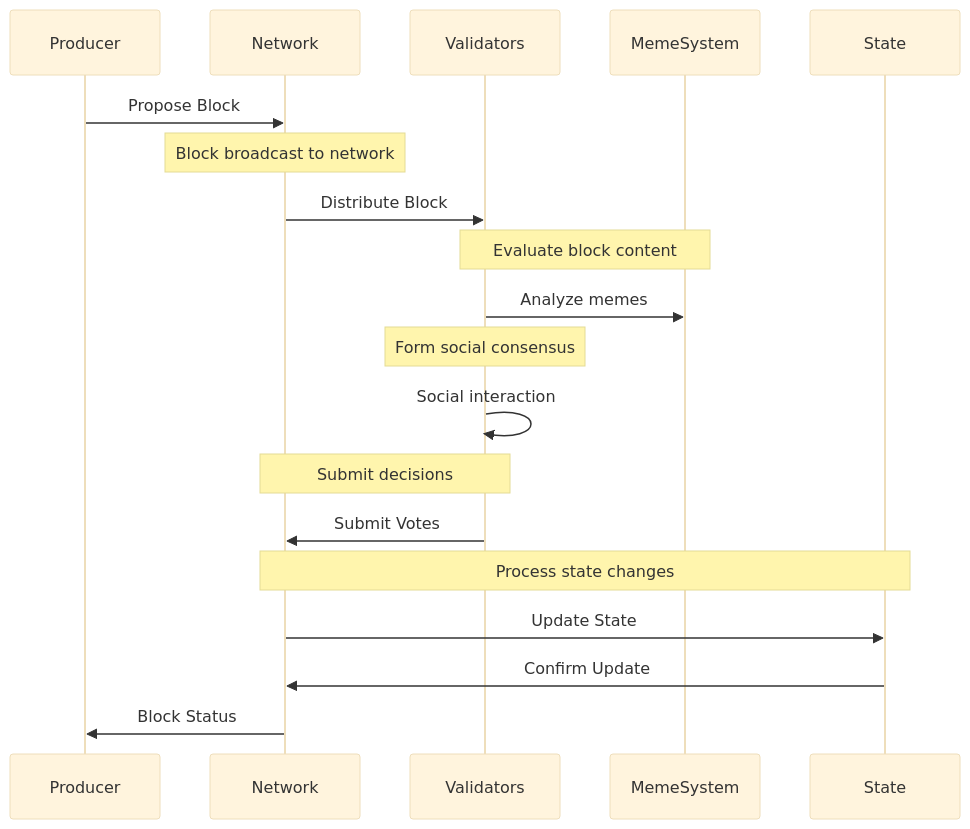
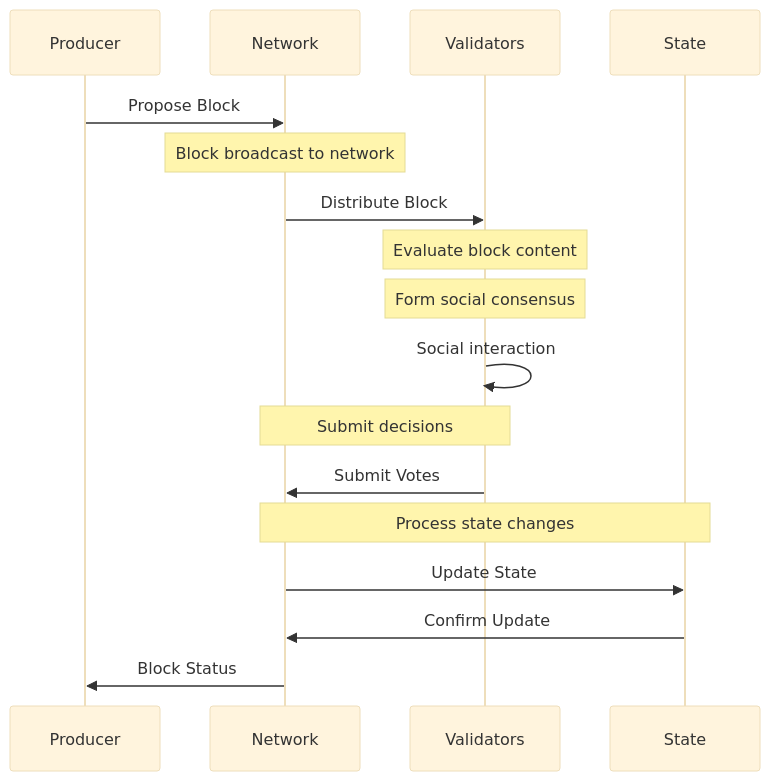
One commit to SumeetChougule/chaoschain changed the third of 6 diagrams in docs/introduction/architecture.md. Above: the diagram before and after it, drawn with Mermaid.

Commit message:
Update Consensus Flow: Remove meme system dependencies

````diff
--- a/docs/introduction/architecture.md
+++ b/docs/introduction/architecture.md
@@ -109,23 +109,21 @@
 ```mermaid
 %%{init: {'theme': 'base', 'themeVariables': { 'fontSize': '16px', 'fontFamily': 'arial' }}}%%
 sequenceDiagram
     participant Producer
     participant Network
     participant Validators
-    participant MemeSystem
     participant State
 
     Producer->>Network: Propose Block
     Note over Network: Block broadcast to network
     Network->>Validators: Distribute Block
-    Note over Validators,MemeSystem: Evaluate block content
-    Validators->>MemeSystem: Analyze memes
+    Note over Validators: Evaluate block content
     Note over Validators: Form social consensus
     Validators->>Validators: Social interaction
     Note over Validators,Network: Submit decisions
     Validators->>Network: Submit Votes
     Note over Network,State: Process state changes
     Network->>State: Update State
     State->>Network: Confirm Update
     Network->>Producer: Block Status
 ```
````
